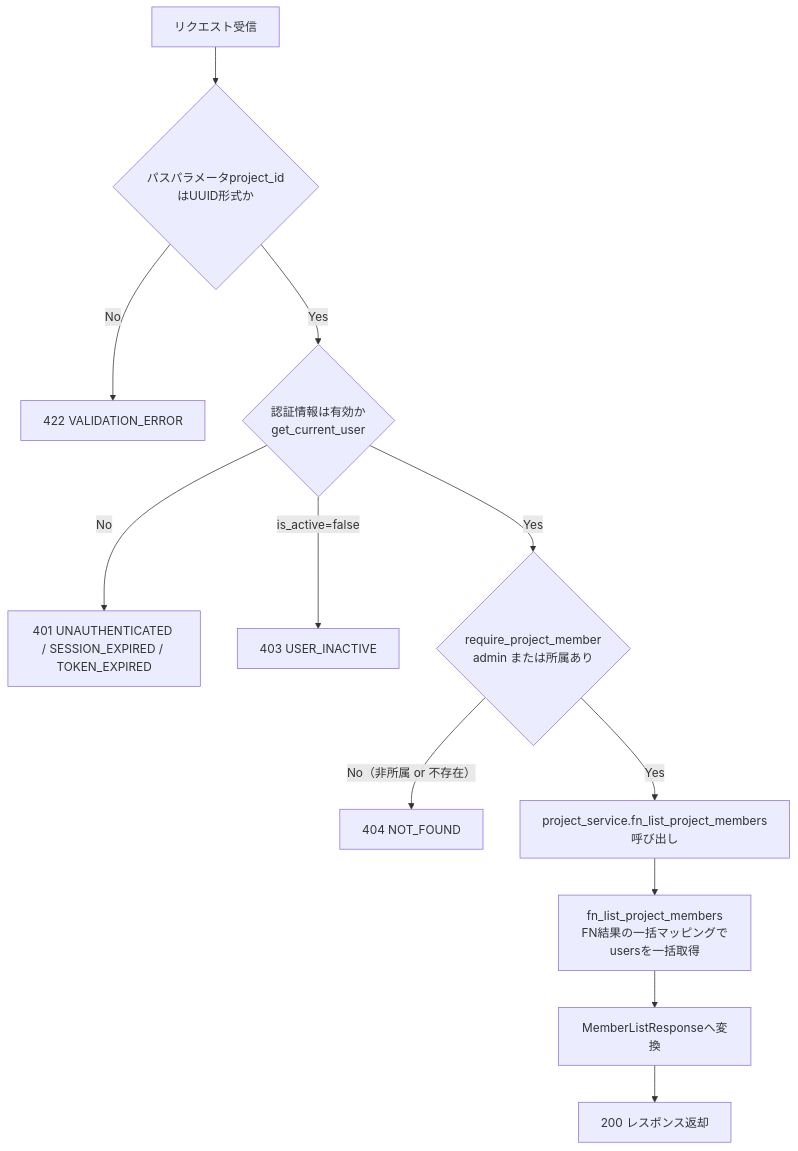
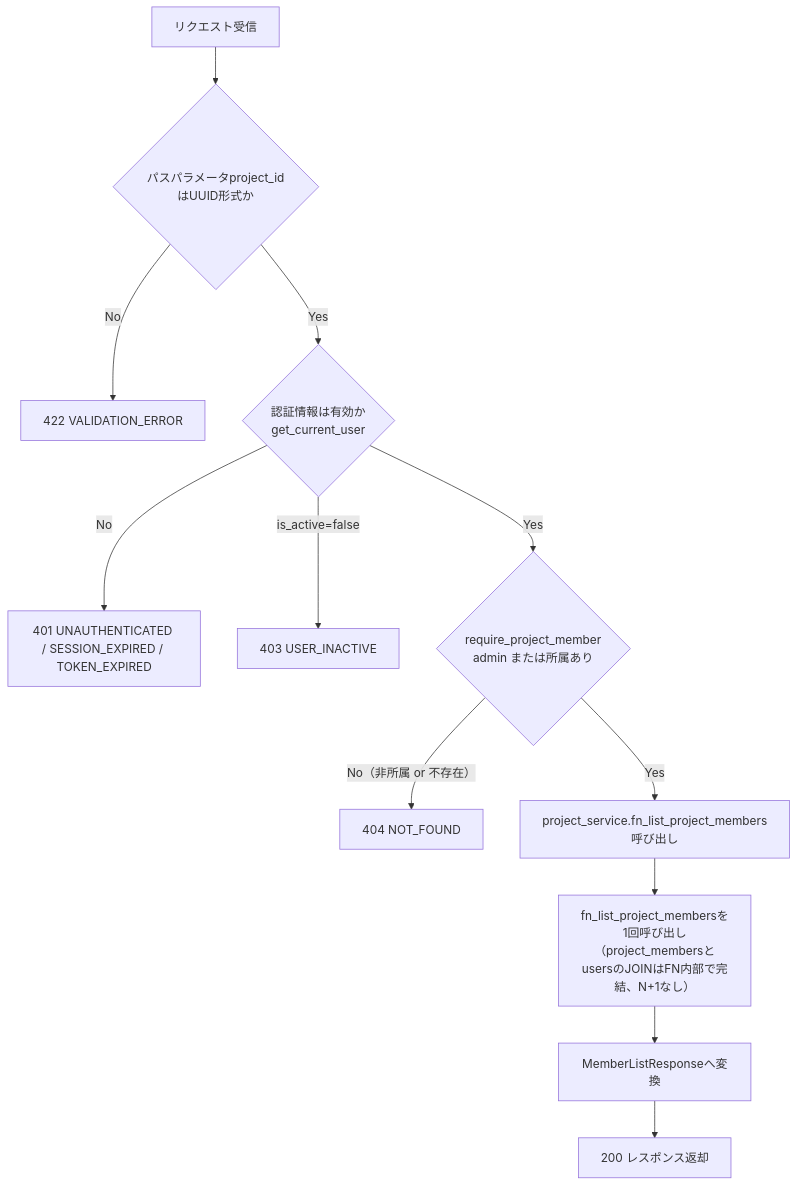
The second of 4 diagrams in detailed_design/api/projects/06_get_project_members.md (oikawa-d/task_management), drawn with Mermaid before and after one commit. The commit also changed other lines of this file and 5 other files, not shown here.

````diff
--- a/detailed_design/api/projects/06_get_project_members.md
+++ b/detailed_design/api/projects/06_get_project_members.md
@@ -130,14 +130,14 @@
 ```mermaid
 flowchart TB
     A["リクエスト受信"] --> B{"パスパラメータproject_idはUUID形式か"}
     B -->|No| E1["422 VALIDATION_ERROR"]
     B -->|Yes| C{"認証情報は有効か<br/>get_current_user"}
     C -->|No| E2["401 UNAUTHENTICATED / SESSION_EXPIRED / TOKEN_EXPIRED"]
     C -->|is_active=false| E3["403 USER_INACTIVE"]
     C -->|Yes| D{"require_project_member<br/>admin または所属あり"}
     D -->|No（非所属 or 不存在）| E4["404 NOT_FOUND"]
     D -->|Yes| F["project_service.fn_list_project_members呼び出し"]
-    F --> G["fn_list_project_members<br/>FN結果の一括マッピングでusersを一括取得"]
+    F --> G["fn_list_project_membersを1回呼び出し<br/>（project_membersとusersのJOINはFN内部で完結、N+1なし）"]
     G --> H["MemberListResponseへ変換"]
     H --> I["200 レスポンス返却"]
 ```
````
